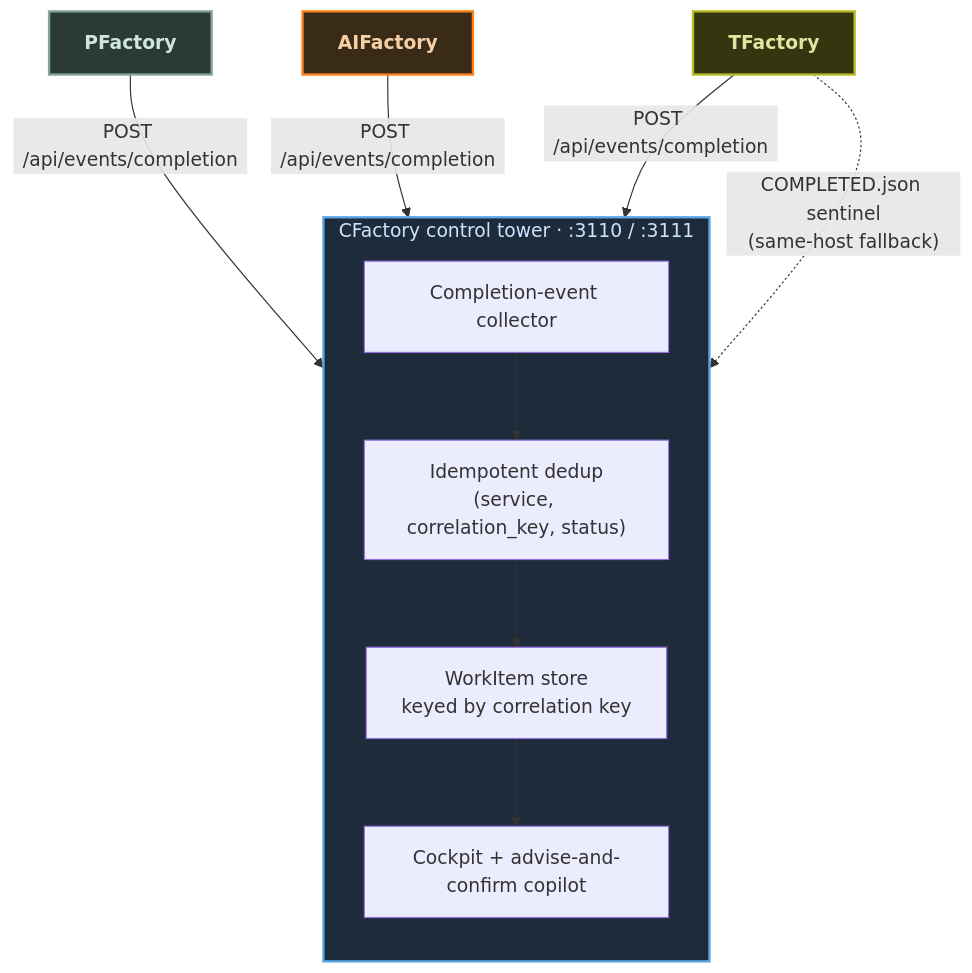
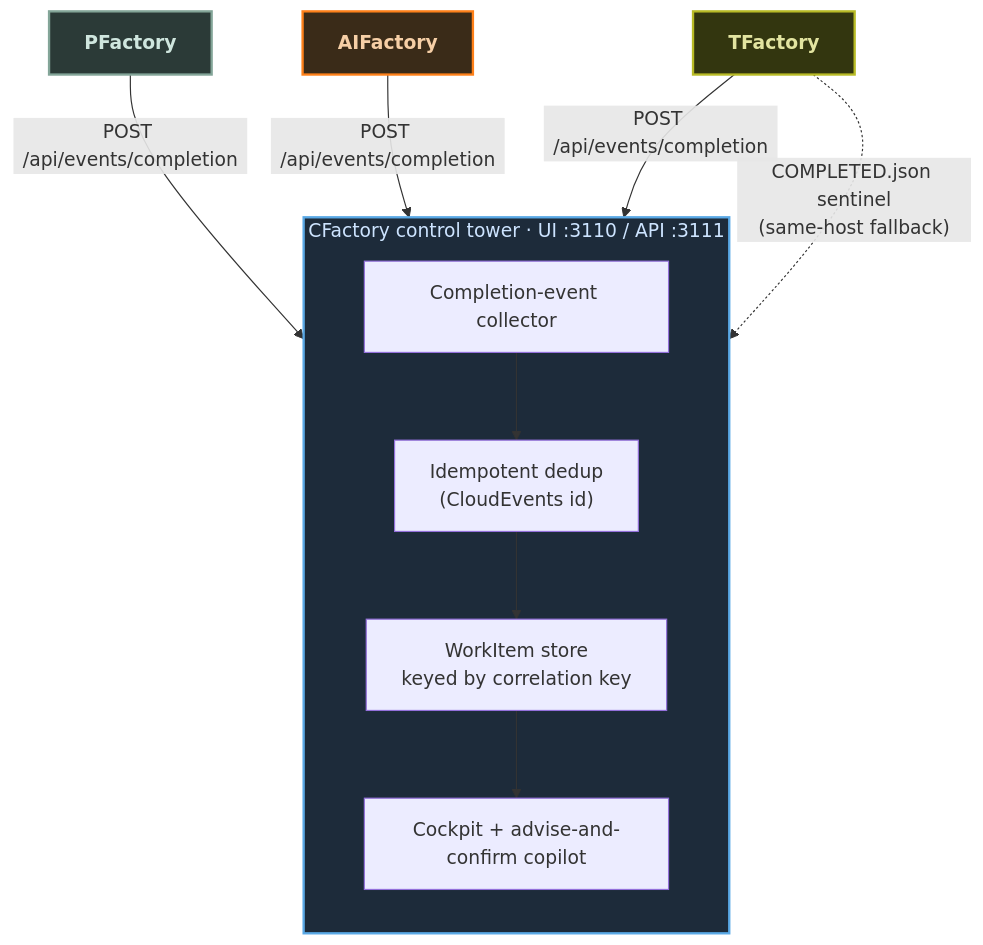
Before and after one commit to olafkfreund/Factory: the second of 3 diagrams in docs/architecture.md, drawn with Mermaid. The commit also changed other lines of this file and 11 other files, not shown here.

```diff
--- a/docs/architecture.md
+++ b/docs/architecture.md
@@ -71,26 +71,26 @@
 <div class="mermaid">
 flowchart TB
     PF["PFactory"] -- "POST /api/events/completion" --> COL
     AF["AIFactory"] -- "POST /api/events/completion" --> COL
     TF["TFactory"] -- "POST /api/events/completion" --> COL
     TF -. "COMPLETED.json sentinel<br/>(same-host fallback)" .-> COL
 
-    subgraph CF["CFactory control tower · :3110 / :3111"]
+    subgraph CF["CFactory control tower · UI :3110 / API :3111"]
         direction TB
         COL["Completion-event collector"]
-        IDEM["Idempotent dedup<br/>(service, correlation_key, status)"]
+        IDEM["Idempotent dedup<br/>(CloudEvents id)"]
         STORE["WorkItem store<br/>keyed by correlation key"]
         COCKPIT["Cockpit + advise-and-confirm copilot"]
         COL --> IDEM --> STORE --> COCKPIT
     end
 
     classDef tower fill:#1d2b3a,stroke:#5aa9e6,stroke-width:2px,color:#cde4ff;
     class CF tower;
     classDef pf fill:#2b3a37,stroke:#83a598,stroke-width:2px,color:#cfe6de,font-weight:bold;
     classDef af fill:#3a2b18,stroke:#fe8019,stroke-width:2px,color:#f6cfa6,font-weight:bold;
     classDef tf fill:#33360f,stroke:#b8bb26,stroke-width:2px,color:#e2e4a0,font-weight:bold;
     classDef cf fill:#3a3115,stroke:#fabd2f,stroke-width:2px,color:#f6dd98,font-weight:bold;
         class PF pf;
         class AF af;
         class TF tf;
 </div>
```
